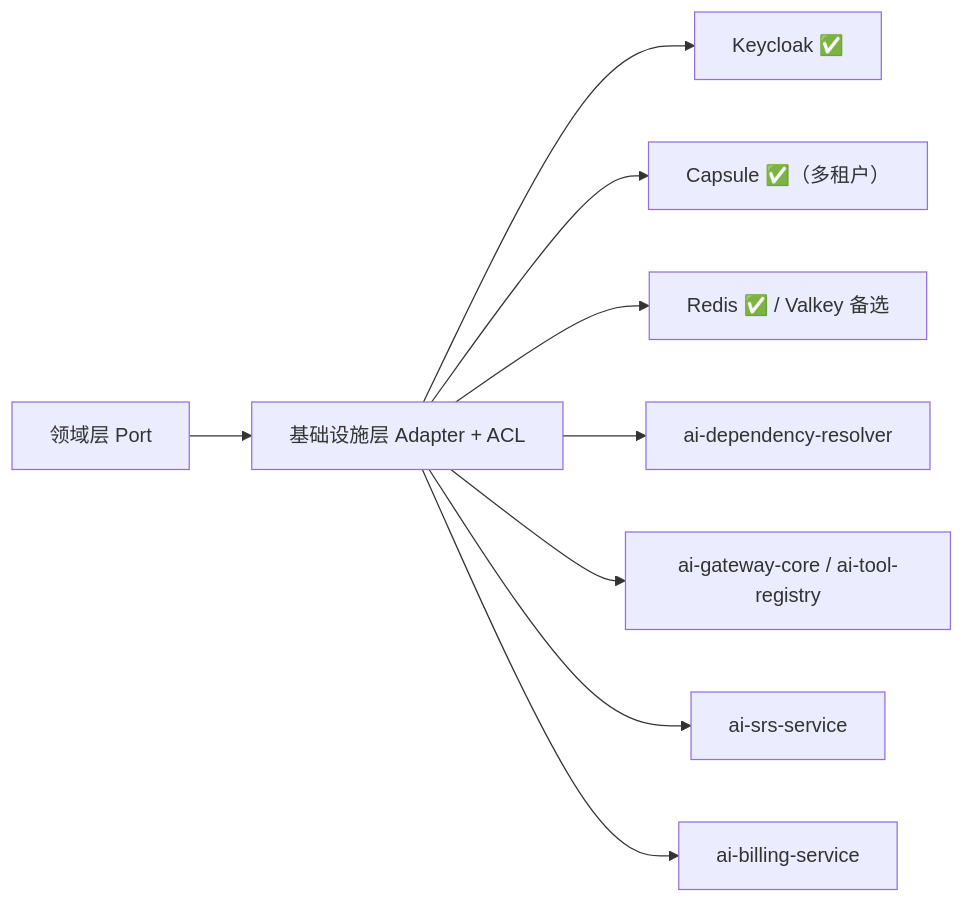
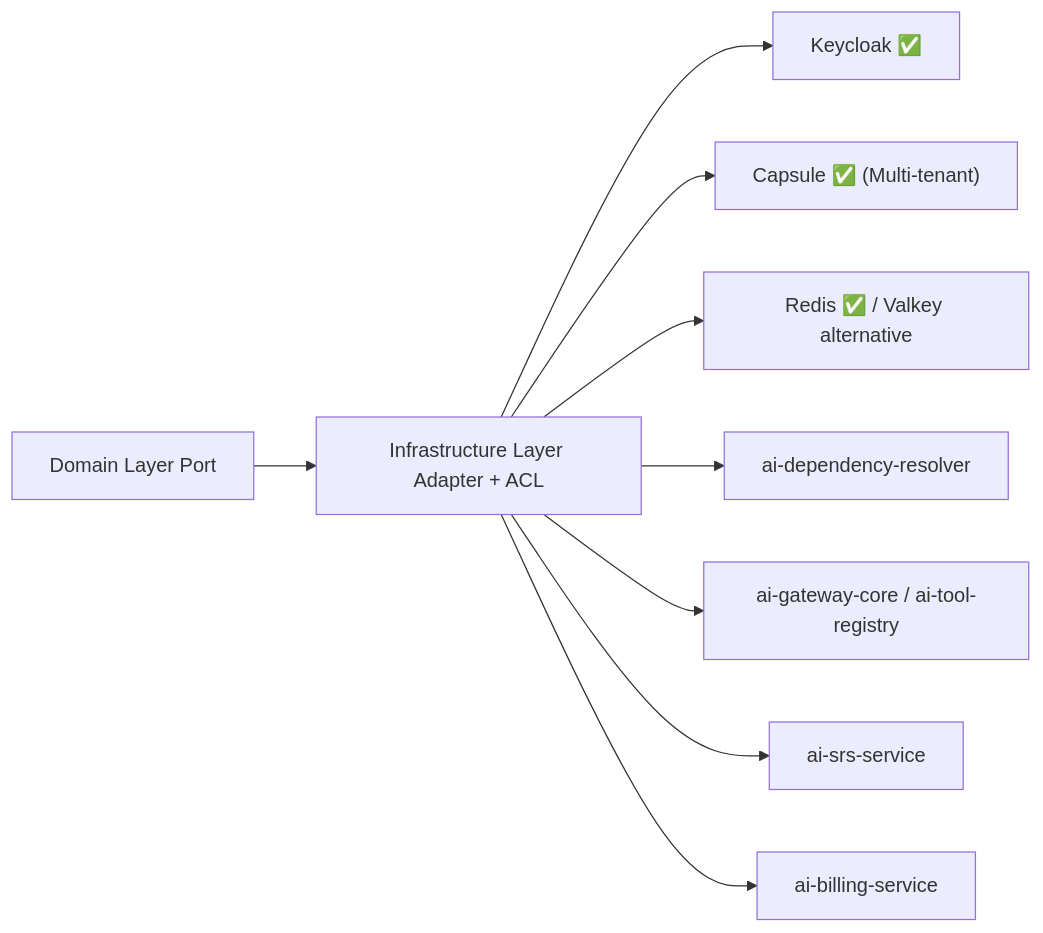
One commit to open-strata-ai/ai-platform-api changed the third of 5 diagrams in design/DESIGN.md. Above: the diagram before and after it, drawn with Mermaid. The commit also changed other lines of this file and 9 other files, not shown here.

````diff
--- a/design/DESIGN.md
+++ b/design/DESIGN.md
@@ -204,11 +204,11 @@
 ```mermaid
 graph LR
-    DOM["领域层 Port"] --> ADAP["基础设施层 Adapter + ACL"]
+    DOM["Domain Layer Port"] --> ADAP["Infrastructure Layer Adapter + ACL"]
     ADAP --> KC["Keycloak ✅"]
-    ADAP --> CAP["Capsule ✅（多租户）"]
-    ADAP --> RD["Redis ✅ / Valkey 备选"]
+    ADAP --> CAP["Capsule ✅ (Multi-tenant)"]
+    ADAP --> RD["Redis ✅ / Valkey alternative"]
     ADAP --> RES["ai-dependency-resolver"]
     ADAP --> GW2["ai-gateway-core / ai-tool-registry"]
     ADAP --> SRS2["ai-srs-service"]
     ADAP --> BILL2["ai-billing-service"]
 ```
````
